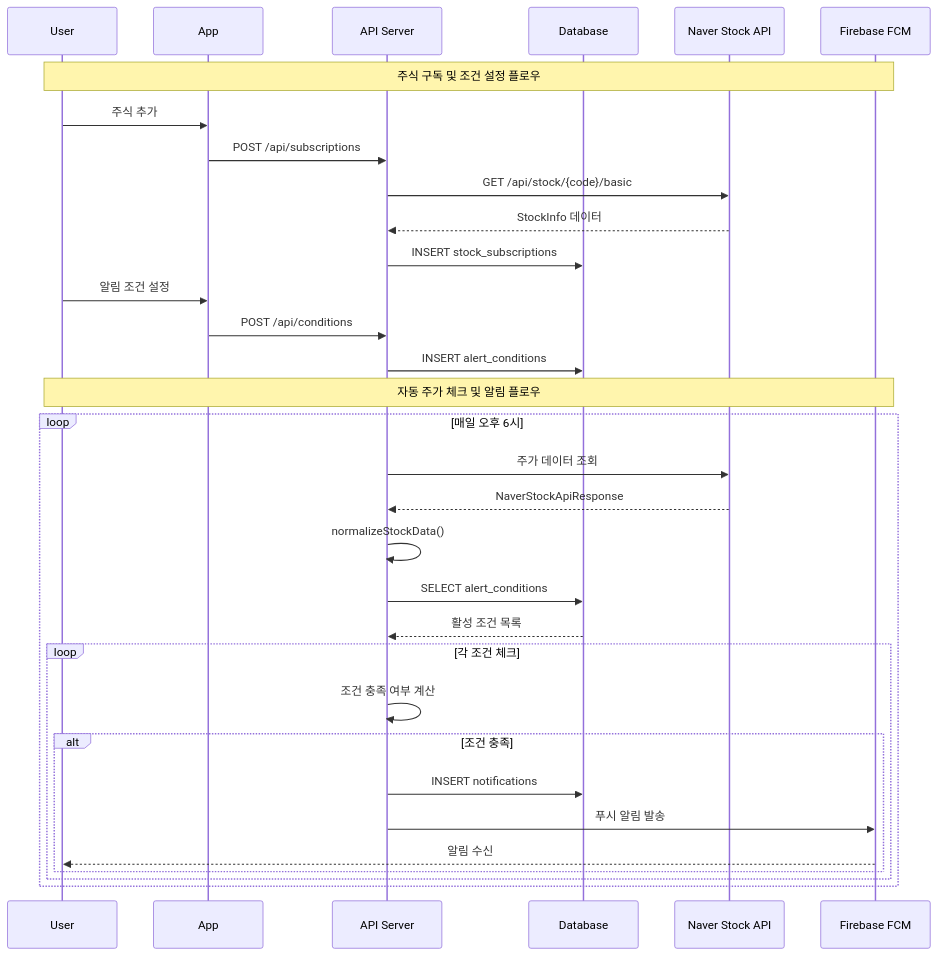
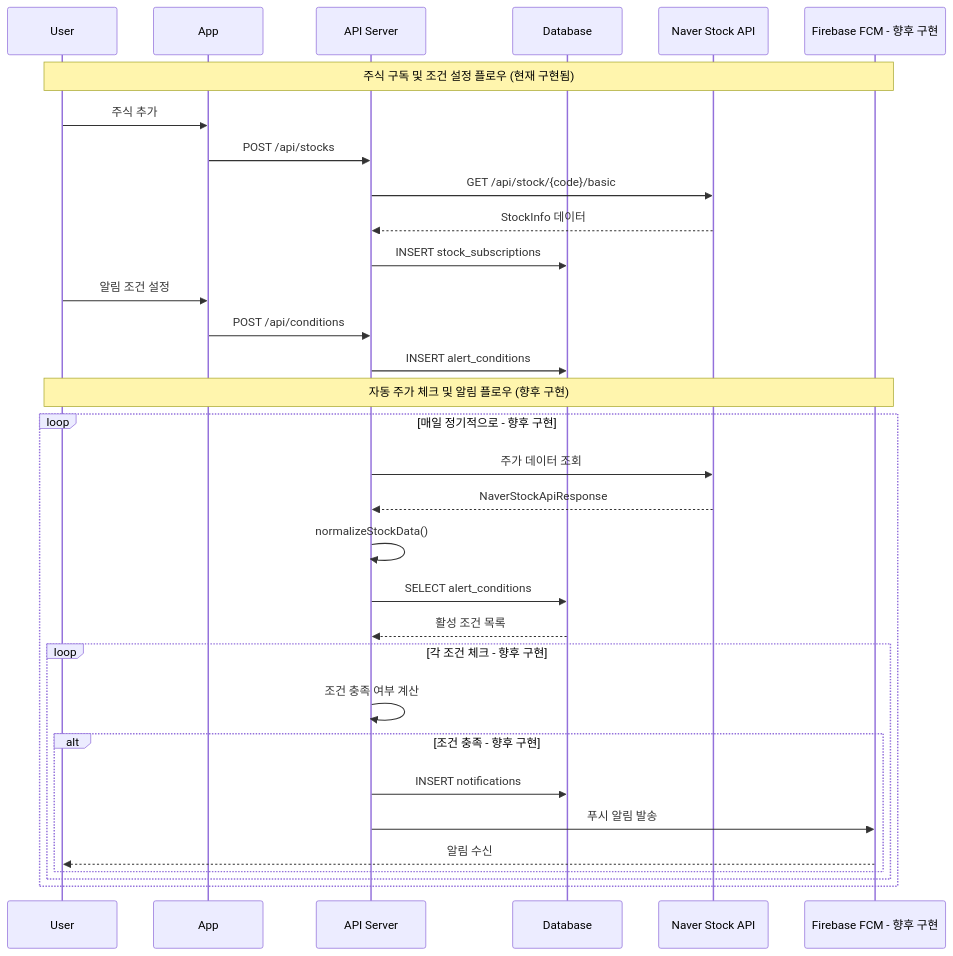
Before and after one commit to wnltns/stock-alert: the third of 9 diagrams in docs/database-diagrams.md, drawn with Mermaid. The commit also changed other lines of this file and 21 other files, not shown here.

````diff
--- a/docs/database-diagrams.md
+++ b/docs/database-diagrams.md
@@ -128,42 +129,42 @@
 ```mermaid
 sequenceDiagram
     participant U as User
     participant A as App
     participant API as API Server
     participant DB as Database
     participant SP as Naver Stock API
-    participant FCM as Firebase FCM
+    participant FCM as Firebase FCM - 향후 구현
     
-    Note over U,FCM: 주식 구독 및 조건 설정 플로우
+    Note over U,FCM: 주식 구독 및 조건 설정 플로우 (현재 구현됨)
     
     U->>A: 주식 추가
-    A->>API: POST /api/subscriptions
+    A->>API: POST /api/stocks
     API->>SP: GET /api/stock/{code}/basic
     SP-->>API: StockInfo 데이터
     API->>DB: INSERT stock_subscriptions
     
     U->>A: 알림 조건 설정
     A->>API: POST /api/conditions
     API->>DB: INSERT alert_conditions
     
-    Note over U,FCM: 자동 주가 체크 및 알림 플로우
+    Note over U,FCM: 자동 주가 체크 및 알림 플로우 (향후 구현)
     
-    loop 매일 오후 6시
+    loop 매일 정기적으로 - 향후 구현
         API->>SP: 주가 데이터 조회
         SP-->>API: NaverStockApiResponse
         API->>API: normalizeStockData()
         
         API->>DB: SELECT alert_conditions
         DB-->>API: 활성 조건 목록
         
-        loop 각 조건 체크
+        loop 각 조건 체크 - 향후 구현
             API->>API: 조건 충족 여부 계산
             
-            alt 조건 충족
+            alt 조건 충족 - 향후 구현
                 API->>DB: INSERT notifications
                 API->>FCM: 푸시 알림 발송
                 FCM-->>U: 알림 수신
             end
         end
     end
 ```
````
